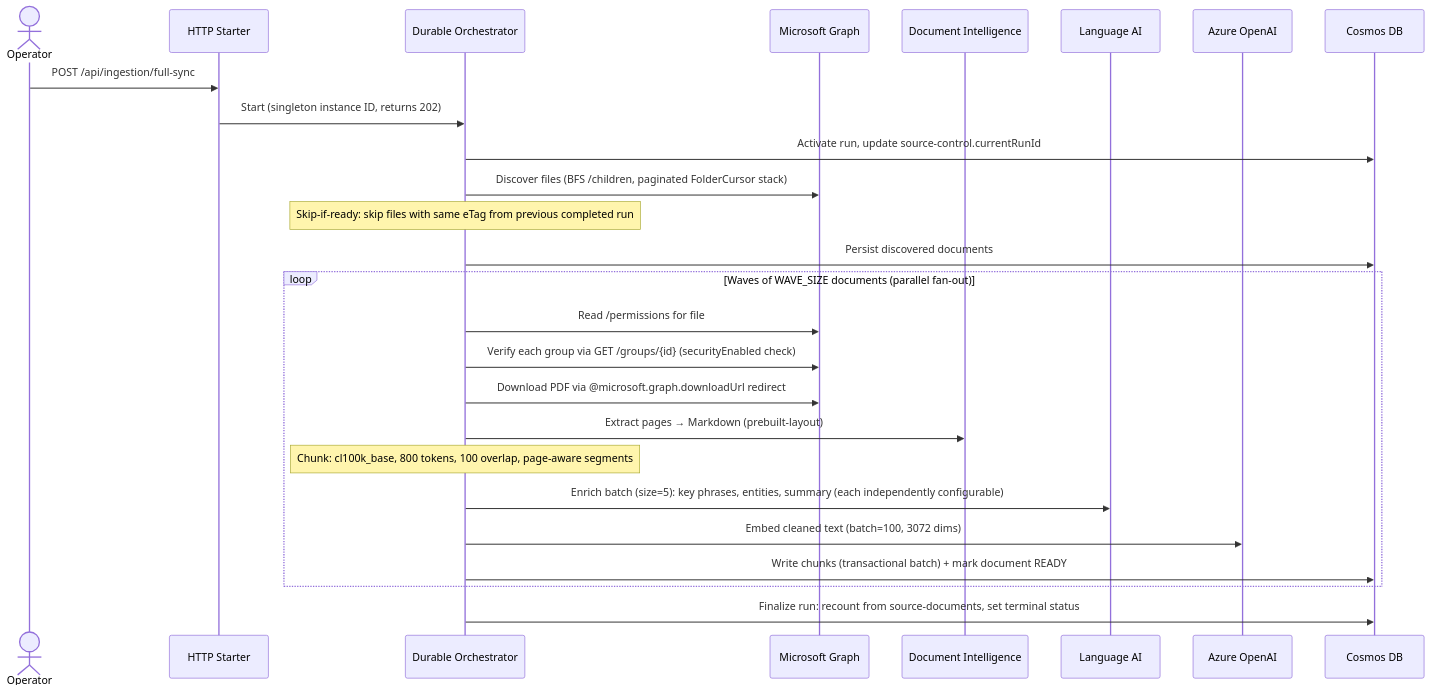
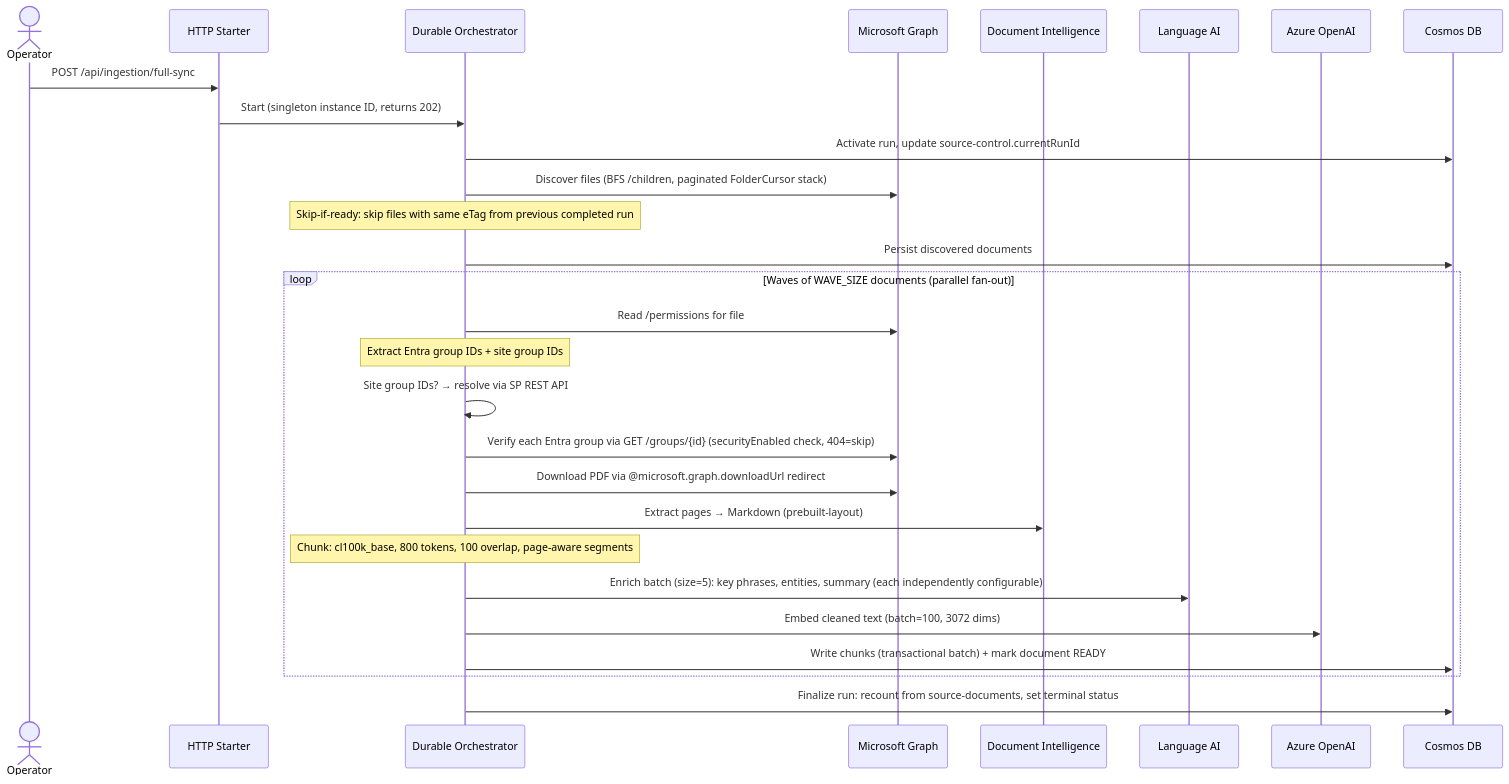
One commit to HariVamsiChittari/enterprise-rag-pipeline changed the second of 10 diagrams in docs/ARCHITECTURE.md. Above: the diagram before and after it, drawn with Mermaid. The commit also changed other lines of this file and 6 other files, not shown here.

````diff
--- a/docs/ARCHITECTURE.md
+++ b/docs/ARCHITECTURE.md
@@ -62,31 +66,33 @@
 ```mermaid
 sequenceDiagram
     actor Operator
     participant Starter as HTTP Starter
     participant Orch as Durable Orchestrator
     participant Graph as Microsoft Graph
     participant DI as Document Intelligence
     participant Lang as Language AI
     participant OAI as Azure OpenAI
     participant Cosmos as Cosmos DB
 
     Operator->>Starter: POST /api/ingestion/full-sync
     Starter->>Orch: Start (singleton instance ID, returns 202)
     Orch->>Cosmos: Activate run, update source-control.currentRunId
     Orch->>Graph: Discover files (BFS /children, paginated FolderCursor stack)
     Note over Orch: Skip-if-ready: skip files with same eTag from previous completed run
     Orch->>Cosmos: Persist discovered documents
 
     loop Waves of WAVE_SIZE documents (parallel fan-out)
         Orch->>Graph: Read /permissions for file
-        Orch->>Graph: Verify each group via GET /groups/{id} (securityEnabled check)
+        Note over Orch: Extract Entra group IDs + site group IDs
+        Orch->>Orch: Site group IDs? → resolve via SP REST API
+        Orch->>Graph: Verify each Entra group via GET /groups/{id} (securityEnabled check, 404=skip)
         Orch->>Graph: Download PDF via @microsoft.graph.downloadUrl redirect
         Orch->>DI: Extract pages → Markdown (prebuilt-layout)
         Note over Orch: Chunk: cl100k_base, 800 tokens, 100 overlap, page-aware segments
         Orch->>Lang: Enrich batch (size=5): key phrases, entities, summary (each independently configurable)
         Orch->>OAI: Embed cleaned text (batch=100, 3072 dims)
         Orch->>Cosmos: Write chunks (transactional batch) + mark document READY
     end
 
     Orch->>Cosmos: Finalize run: recount from source-documents, set terminal status
 ```
````
